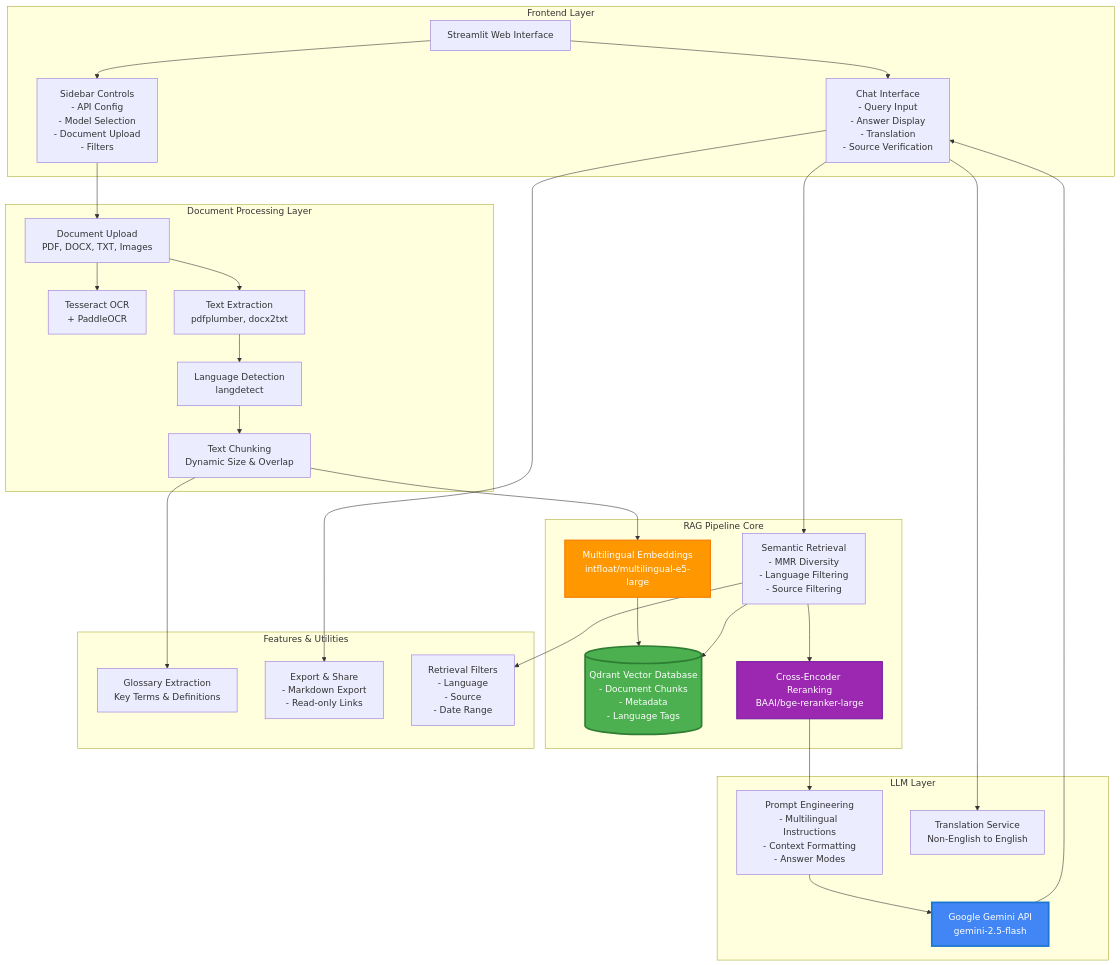
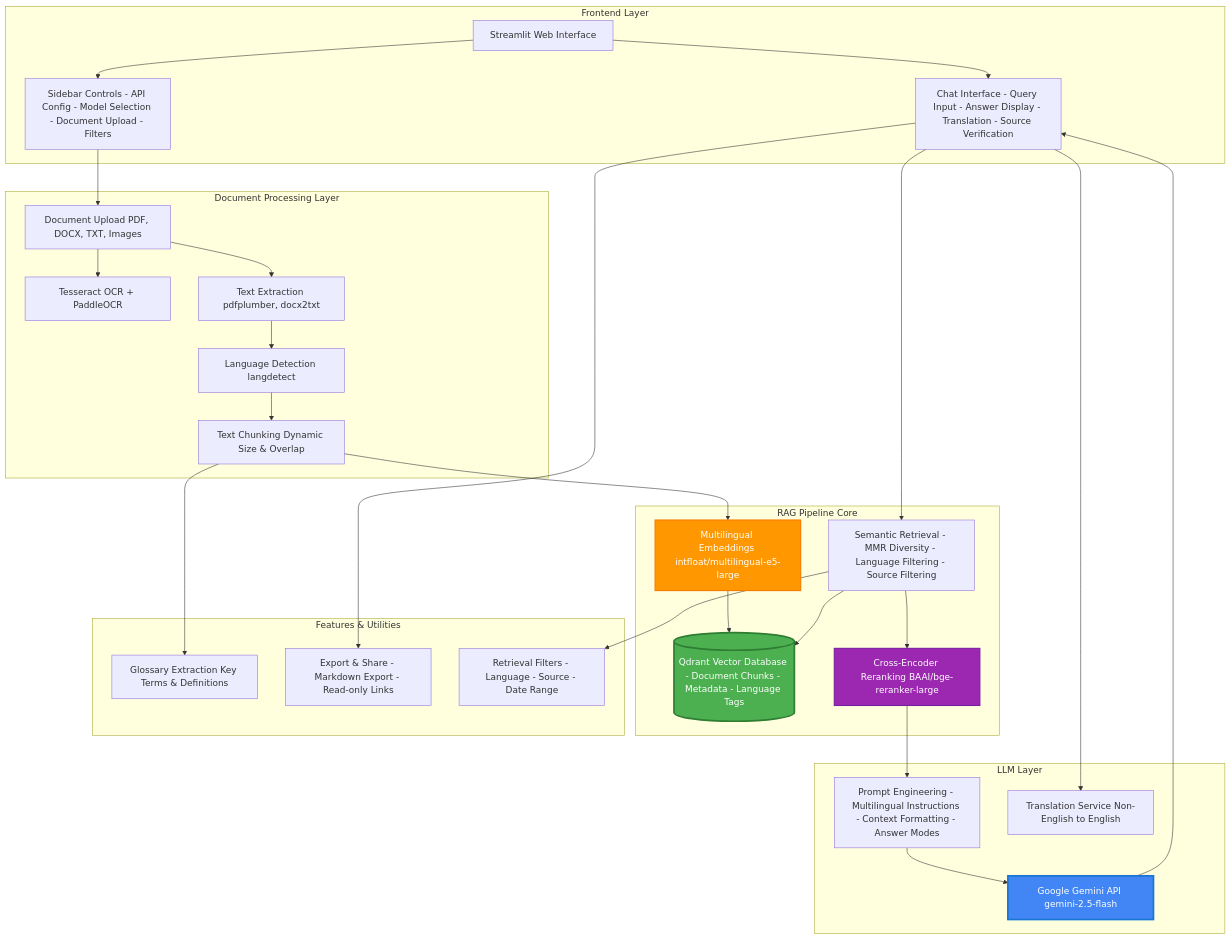
One commit to siv3sh/Client_Nisha_Ma-am changed the first of 6 diagrams in ARCHITECTURE.md. Above: the diagram before and after it, drawn with Mermaid. The commit also changed other lines of this file and 1 other file, not shown here.

Commit message:
Fix Mermaid syntax errors - remove HTML tags and regenerate diagrams

````diff
--- a/ARCHITECTURE.md
+++ b/ARCHITECTURE.md
@@ -5,62 +5,62 @@
 ```mermaid
 graph TB
-    subgraph "Frontend Layer"
-        UI[Streamlit Web Interface]
-        Sidebar[Sidebar Controls<br/>- API Config<br/>- Model Selection<br/>- Document Upload<br/>- Filters]
-        Chat[Chat Interface<br/>- Query Input<br/>- Answer Display<br/>- Translation<br/>- Source Verification]
-    end
+ subgraph "Frontend Layer"
+ UI[Streamlit Web Interface]
+ Sidebar[Sidebar Controls - API Config - Model Selection - Document Upload - Filters]
+ Chat[Chat Interface - Query Input - Answer Display - Translation - Source Verification]
+ end
 
-    subgraph "Document Processing Layer"
-        Upload[Document Upload<br/>PDF, DOCX, TXT, Images]
-        OCR[Tesseract OCR<br/>+ PaddleOCR]
-        Extract[Text Extraction<br/>pdfplumber, docx2txt]
-        LangDetect[Language Detection<br/>langdetect]
-        Chunking[Text Chunking<br/>Dynamic Size & Overlap]
-    end
+ subgraph "Document Processing Layer"
+ Upload[Document Upload PDF, DOCX, TXT, Images]
+ OCR[Tesseract OCR + PaddleOCR]
+ Extract[Text Extraction pdfplumber, docx2txt]
+ LangDetect[Language Detection langdetect]
+ Chunking[Text Chunking Dynamic Size & Overlap]
+ end
 
-    subgraph "RAG Pipeline Core"
-        Embedding[Multilingual Embeddings<br/>intfloat/multilingual-e5-large]
-        VectorDB[(Qdrant Vector Database<br/>- Document Chunks<br/>- Metadata<br/>- Language Tags)]
-        Retrieval[Semantic Retrieval<br/>- MMR Diversity<br/>- Language Filtering<br/>- Source Filtering]
-        Reranker[Cross-Encoder Reranking<br/>BAAI/bge-reranker-large]
-    end
+ subgraph "RAG Pipeline Core"
+ Embedding[Multilingual Embeddings intfloat/multilingual-e5-large]
+ VectorDB[(Qdrant Vector Database - Document Chunks - Metadata - Language Tags)]
+ Retrieval[Semantic Retrieval - MMR Diversity - Language Filtering - Source Filtering]
+ Reranker[Cross-Encoder Reranking BAAI/bge-reranker-large]
+ end
 
-    subgraph "LLM Layer"
-        Gemini[Google Gemini API<br/>gemini-2.5-flash]
-        Prompt[Prompt Engineering<br/>- Multilingual Instructions<br/>- Context Formatting<br/>- Answer Modes]
-        Translation[Translation Service<br/>Non-English to English]
-    end
+ subgraph "LLM Layer"
+ Gemini[Google Gemini API gemini-2.5-flash]
+ Prompt[Prompt Engineering - Multilingual Instructions - Context Formatting - Answer Modes]
+ Translation[Translation Service Non-English to English]
+ end
 
-    subgraph "Features & Utilities"
-        Glossary[Glossary Extraction<br/>Key Terms & Definitions]
-        Export[Export & Share<br/>- Markdown Export<br/>- Read-only Links]
-        Filters[Retrieval Filters<br/>- Language<br/>- Source<br/>- Date Range]
-    end
+ subgraph "Features & Utilities"
+ Glossary[Glossary Extraction Key Terms & Definitions]
+ Export[Export & Share - Markdown Export - Read-only Links]
+ Filters[Retrieval Filters - Language - Source - Date Range]
+ end
 
-    UI --> Sidebar
-    UI --> Chat
-    Sidebar --> Upload
-    Upload --> OCR
-    Upload --> Extract
-    Extract --> LangDetect
-    LangDetect --> Chunking
-    Chunking --> Embedding
-    Embedding --> VectorDB
-    
-    Chat --> Retrieval
-    Retrieval --> VectorDB
-    Retrieval --> Reranker
-    Reranker --> Prompt
-    Prompt --> Gemini
-    Gemini --> Chat
-    
-    Chat --> Translation
-    Chat --> Export
-    Chunking --> Glossary
-    Retrieval --> Filters
-    
-    style VectorDB fill:#4CAF50,stroke:#2E7D32,stroke-width:3px,color:#fff
-    style Gemini fill:#4285F4,stroke:#1976D2,stroke-width:3px,color:#fff
-    style Embedding fill:#FF9800,stroke:#F57C00,stroke-width:2px,color:#fff
-    style Reranker fill:#9C27B0,stroke:#7B1FA2,stroke-width:2px,color:#fff
+ UI --> Sidebar
+ UI --> Chat
+ Sidebar --> Upload
+ Upload --> OCR
+ Upload --> Extract
+ Extract --> LangDetect
+ LangDetect --> Chunking
+ Chunking --> Embedding
+ Embedding --> VectorDB
+
+ Chat --> Retrieval
+ Retrieval --> VectorDB
+ Retrieval --> Reranker
+ Reranker --> Prompt
+ Prompt --> Gemini
+ Gemini --> Chat
+
+ Chat --> Translation
+ Chat --> Export
+ Chunking --> Glossary
+ Retrieval --> Filters
+
+ style VectorDB fill:#4CAF50,stroke:#2E7D32,stroke-width:3px,color:#fff
+ style Gemini fill:#4285F4,stroke:#1976D2,stroke-width:3px,color:#fff
+ style Embedding fill:#FF9800,stroke:#F57C00,stroke-width:2px,color:#fff
+ style Reranker fill:#9C27B0,stroke:#7B1FA2,stroke-width:2px,color:#fff
 ```
````
